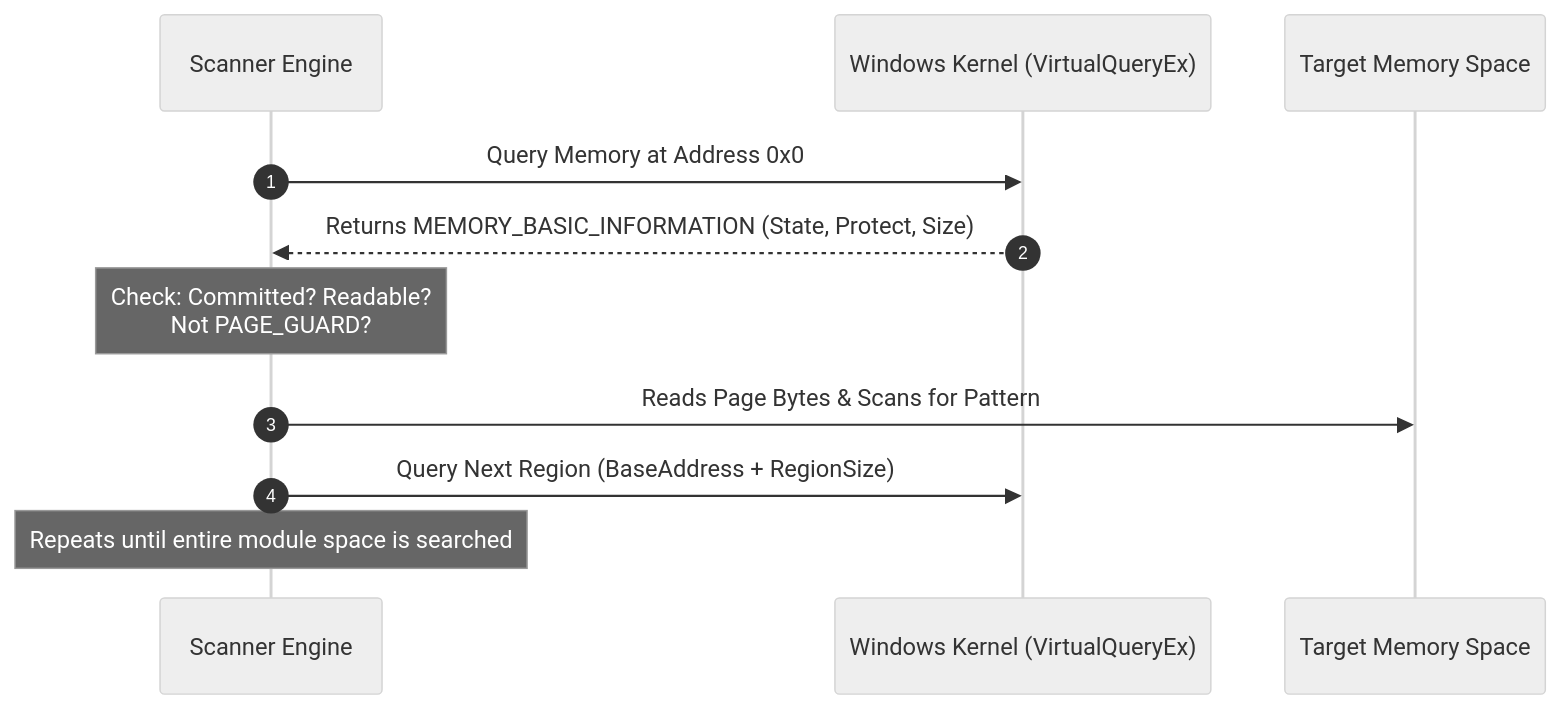
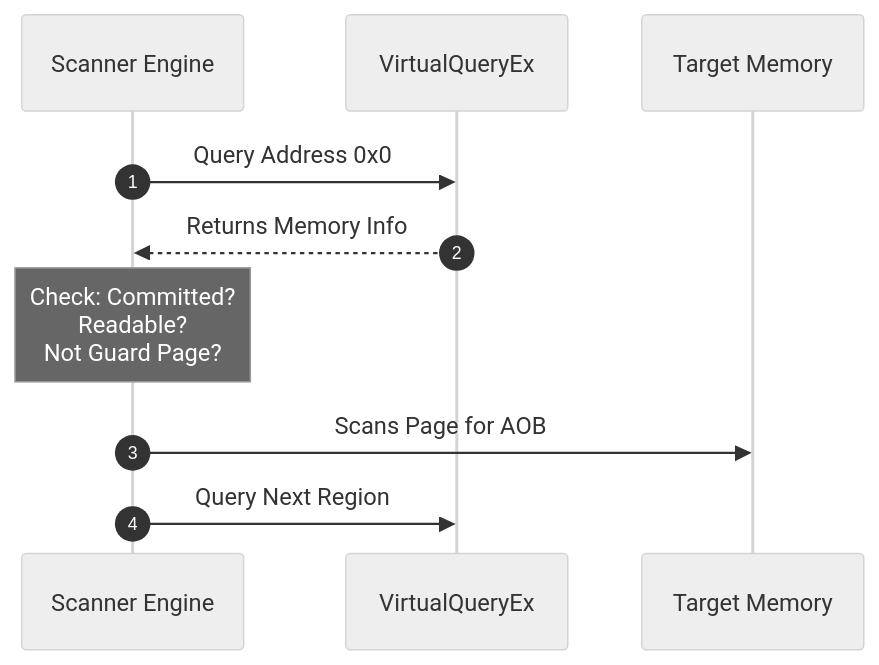
One commit to DaddyZyn/Cyber-security-notes changed the second of 2 diagrams in topics/21-aob-pattern-scanning-and-sigmaking/README.md. Above: the diagram before and after it, drawn with Mermaid (neutral theme). The commit also changed other lines of this file and 7 other files, not shown here.

Commit message:
fix: reformat all diagrams in modules 20-27 with ultra-short line wrapping to prevent GitHub SVG text clipping

````diff
--- a/topics/21-aob-pattern-scanning-and-sigmaking/README.md
+++ b/topics/21-aob-pattern-scanning-and-sigmaking/README.md
@@ -73,14 +73,13 @@
 ```mermaid
 sequenceDiagram
     autonumber
     participant Scanner as Scanner Engine
-    participant OS as Windows Kernel (VirtualQueryEx)
-    participant Memory as Target Memory Space
+    participant OS as VirtualQueryEx
+    participant Memory as Target Memory
 
-    Scanner->>OS: Query Memory at Address 0x0
-    OS-->>Scanner: Returns MEMORY_BASIC_INFORMATION (State, Protect, Size)
-    Note over Scanner: Check: Committed? Readable?<br/>Not PAGE_GUARD?
-    Scanner->>Memory: Reads Page Bytes & Scans for Pattern
-    Scanner->>OS: Query Next Region (BaseAddress + RegionSize)
-    Note over Scanner: Repeats until entire module space is searched
+    Scanner->>OS: Query Address 0x0
+    OS-->>Scanner: Returns Memory Info
+    Note over Scanner: Check: Committed?<br/>Readable?<br/>Not Guard Page?
+    Scanner->>Memory: Scans Page for AOB
+    Scanner->>OS: Query Next Region
 ```
````
